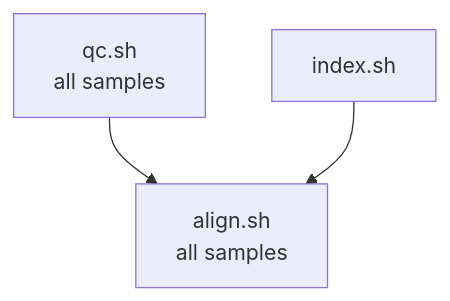
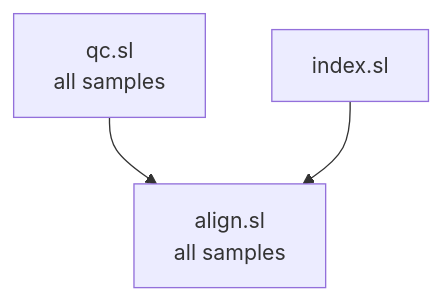
One commit to nesi/support-docs changed the second of 2 diagrams in docs/Tutorials/Job_Scripting/Job_Dependencies.md. Above: the diagram before and after it, drawn with Mermaid. The commit also changed other lines of this file and 13 other files, not shown here.

````diff
--- a/docs/Tutorials/Job_Scripting/Job_Dependencies.md
+++ b/docs/Tutorials/Job_Scripting/Job_Dependencies.md
@@ -197,5 +183,5 @@
 ```mermaid
 flowchart TB
-    qc["qc.sh<br>all samples"] --> align["align.sh<br>all samples"]
-    index["index.sh"] --> align
+    qc["qc.sl<br>all samples"] --> align["align.sl<br>all samples"]
+    index["index.sl"] --> align
 ```
````
